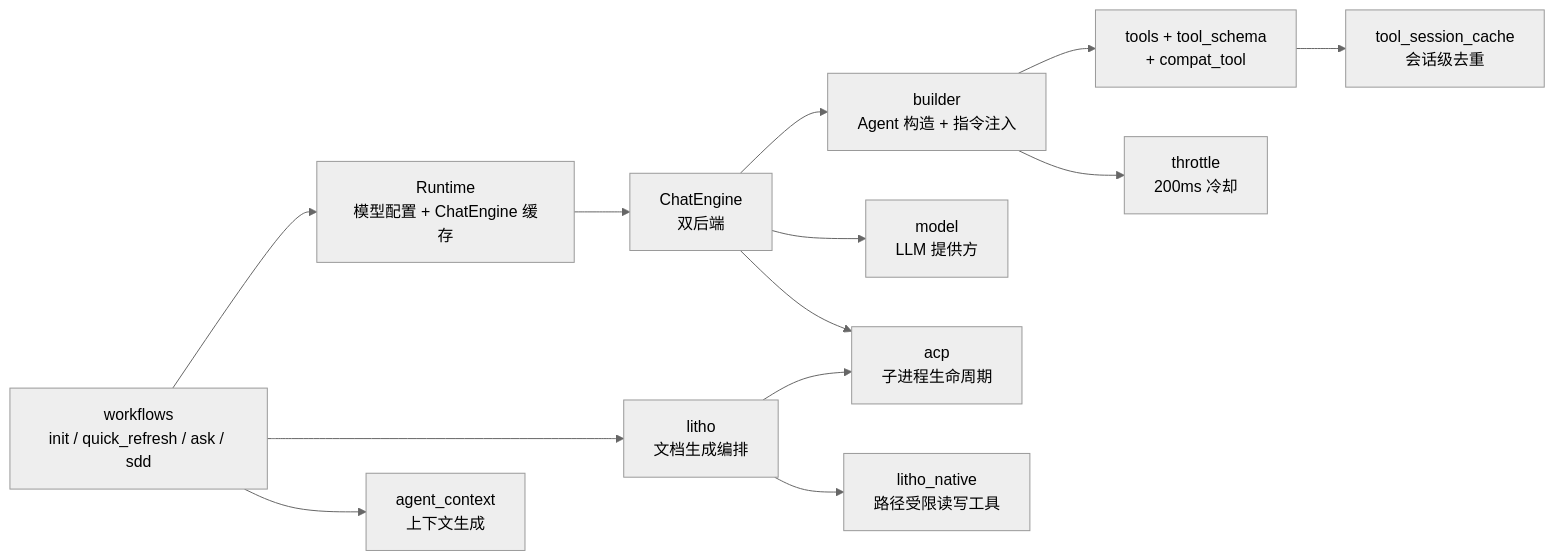
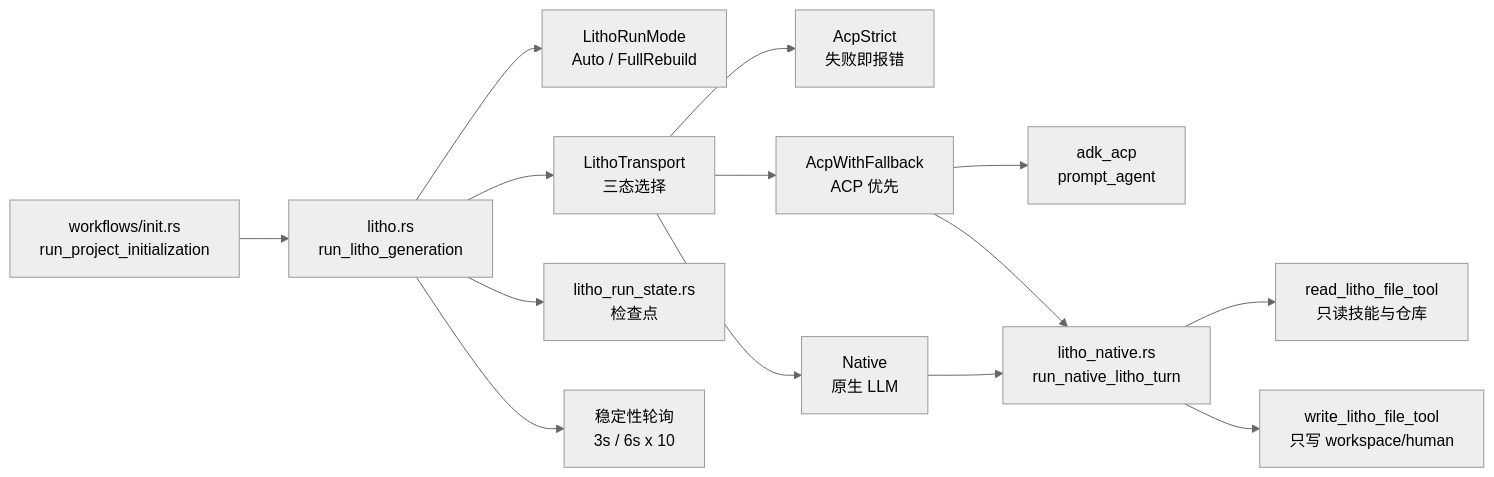
Before and after one commit to sopaco/terrain: the third of 6 diagrams in .terrain/human/2.架构.md, drawn with Mermaid (neutral theme). The commit also changed other lines of this file and 39 other files, not shown here.

````diff
--- a/.terrain/human/2.架构.md
+++ b/.terrain/human/2.架构.md
@@ -145,15 +148,16 @@
 ```mermaid
 graph LR
-    RT["Runtime<br/>模型配置 + ChatEngine 缓存"] --> CHAT["ChatEngine<br/>双后端"]
-    WF["workflows<br/>init / quick_refresh / ask / sdd"] --> RT
-    WF --> LITHO["litho<br/>文档生成编排"]
-    WF --> CTX["agent_context<br/>上下文生成"]
-    LITHO --> ACP["acp<br/>子进程生命周期"]
-    LITHO --> NAT["litho_native<br/>路径受限读写工具"]
-    CHAT --> BLD["builder<br/>Agent 构造 + 指令注入"]
-    CHAT --> MDL["model<br/>LLM 提供方"]
-    CHAT --> ACP
-    BLD --> TOOLS["tools + tool_schema<br/>+ compat_tool"]
-    TOOLS --> CACHE["tool_session_cache<br/>会话级去重"]
-    BLD --> THR["throttle<br/>200ms 冷却"]
+    WF["workflows/init.rs<br/>run_project_initialization"] --> RUN["litho.rs<br/>run_litho_generation"]
+    RUN --> MODE["LithoRunMode<br/>Auto / FullRebuild"]
+    RUN --> TRANSPORT["LithoTransport<br/>三态选择"]
+    TRANSPORT --> STRICT["AcpStrict<br/>失败即报错"]
+    TRANSPORT --> HYBRID["AcpWithFallback<br/>ACP 优先"]
+    TRANSPORT --> NATIVE["Native<br/>原生 LLM"]
+    HYBRID --> ACPRUN["adk_acp<br/>prompt_agent"]
+    HYBRID --> NATRUN["litho_native.rs<br/>run_native_litho_turn"]
+    NATIVE --> NATRUN
+    NATRUN --> READTOOL["read_litho_file_tool<br/>只读技能与仓库"]
+    NATRUN --> WRITETOOL["write_litho_file_tool<br/>只写 workspace/human"]
+    RUN --> STATE["litho_run_state.rs<br/>检查点"]
+    RUN --> POLL["稳定性轮询<br/>3s / 6s x 10"]
 ```
````
